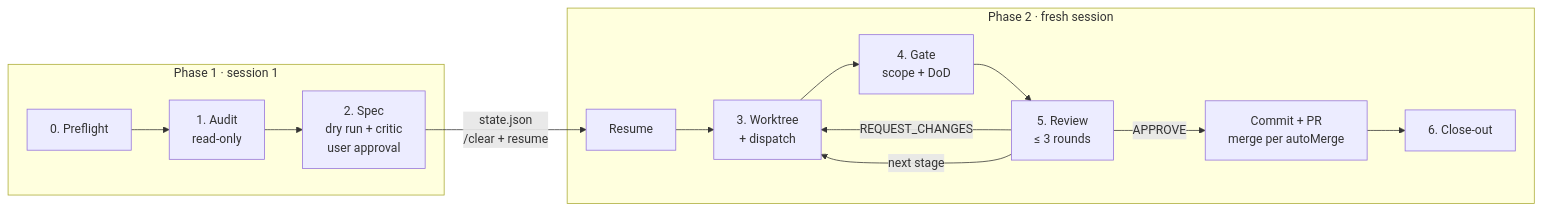
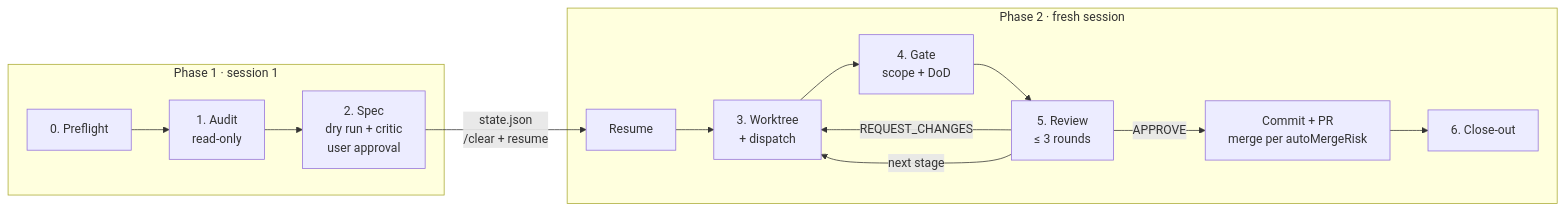
The diagram in README.md (cosmo-chang-1701/spec-ops), drawn with Mermaid before and after one commit. The commit also changed other lines of this file and 8 other files, not shown here.

First line of the commit message:
Fewer session splits, auto-merge L/M by default, add user config (#8)

````diff
--- a/README.md
+++ b/README.md
@@ -79,17 +79,17 @@
 ```mermaid
 flowchart LR
     subgraph P1[Phase 1 · session 1]
     A[0. Preflight] --> B[1. Audit<br/>read-only]
     B --> C[2. Spec<br/>dry run + critic<br/>user approval]
     end
     C -->|state.json<br/>/clear + resume| R[Resume]
     subgraph P2[Phase 2 · fresh session]
     R --> D[3. Worktree<br/>+ dispatch]
     D --> E[4. Gate<br/>scope + DoD]
     E --> F[5. Review<br/>≤ 3 rounds]
     F -->|REQUEST_CHANGES| D
     F -->|next stage| D
-    F -->|APPROVE| PR[Commit + PR<br/>merge per autoMerge]
+    F -->|APPROVE| PR[Commit + PR<br/>merge per autoMergeRisk]
     PR --> G[6. Close-out]
     end
 ```
````
